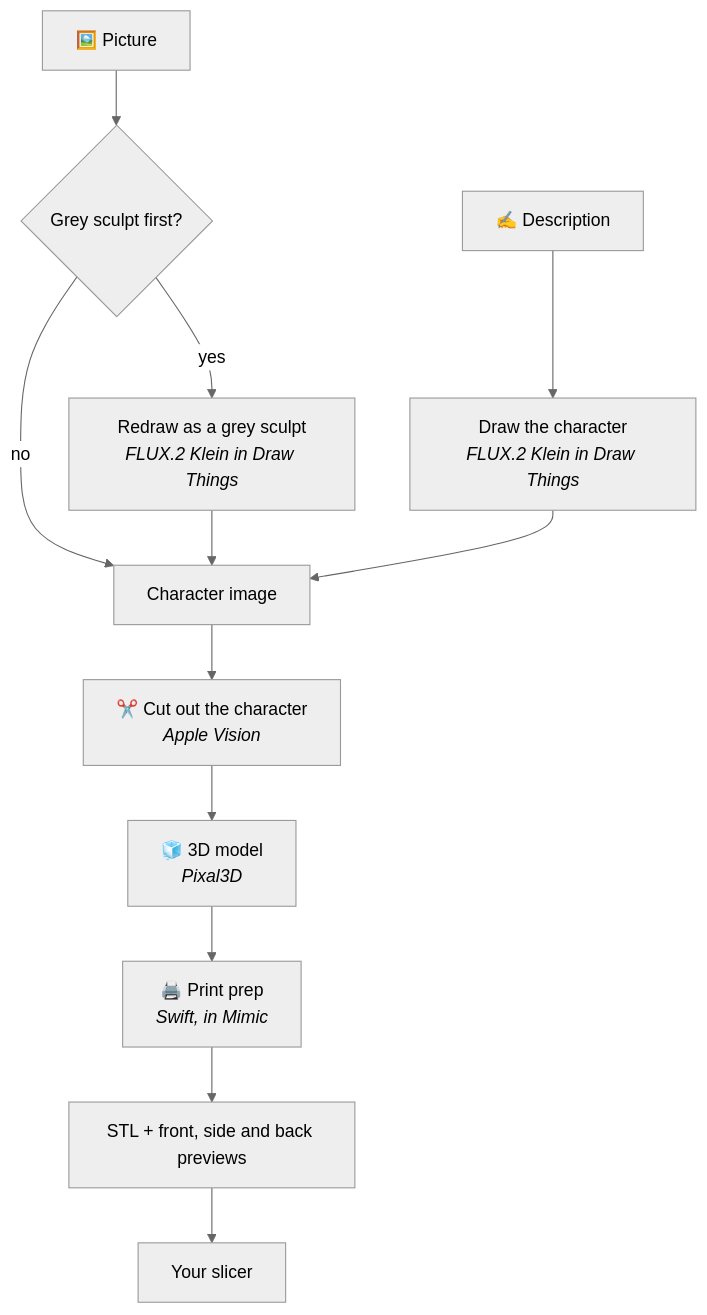
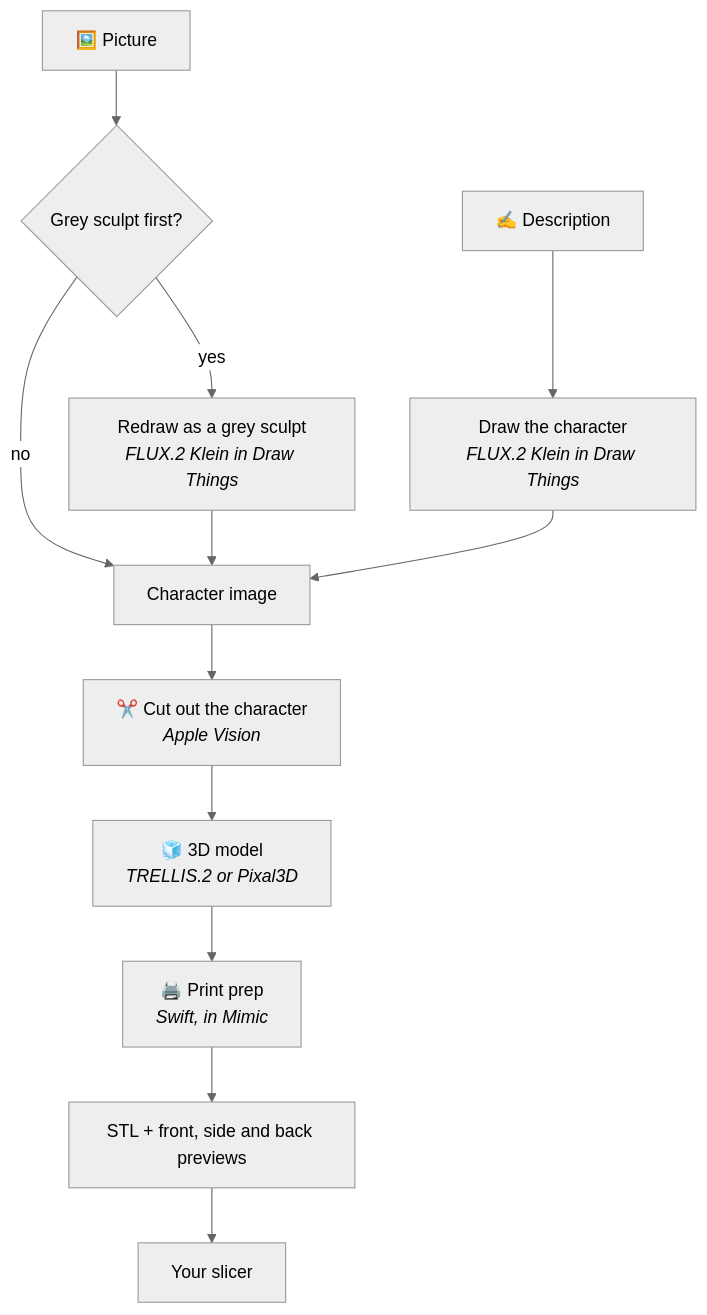
Before and after one commit to yonatankarp/mimic: the diagram in README.md, drawn with Mermaid (neutral theme). The commit also changed other lines of this file and 12 other files, not shown here.

First line of the commit message:
TRELLIS.2 is the default 3D model; Lite removed

````diff
--- a/README.md
+++ b/README.md
@@ -82,14 +82,14 @@
 ```mermaid
 flowchart TD
   pic["🖼️ Picture"] --> choice{"Grey sculpt first?"}
   text["✍️ Description"] --> draw["Draw the character<br/><i>FLUX.2 Klein in Draw Things</i>"]
   choice -- yes --> redraw["Redraw as a grey sculpt<br/><i>FLUX.2 Klein in Draw Things</i>"]
   choice -- no --> image
   redraw --> image["Character image"]
   draw --> image
   image --> cut["✂️ Cut out the character<br/><i>Apple Vision</i>"]
-  cut --> mesh["🧊 3D model<br/><i>Pixal3D</i>"]
+  cut --> mesh["🧊 3D model<br/><i>TRELLIS.2 or Pixal3D</i>"]
   mesh --> prep["🖨️ Print prep<br/><i>Swift, in Mimic</i>"]
   prep --> out["STL + front, side and back previews"]
   out --> slicer["Your slicer"]
 ```
````
